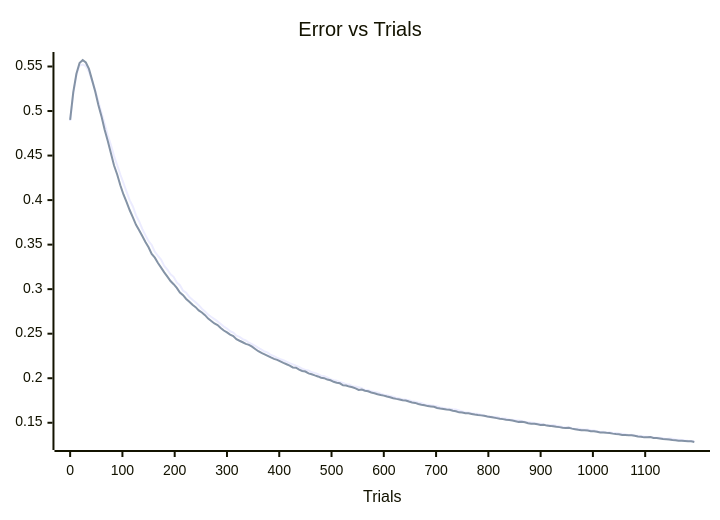
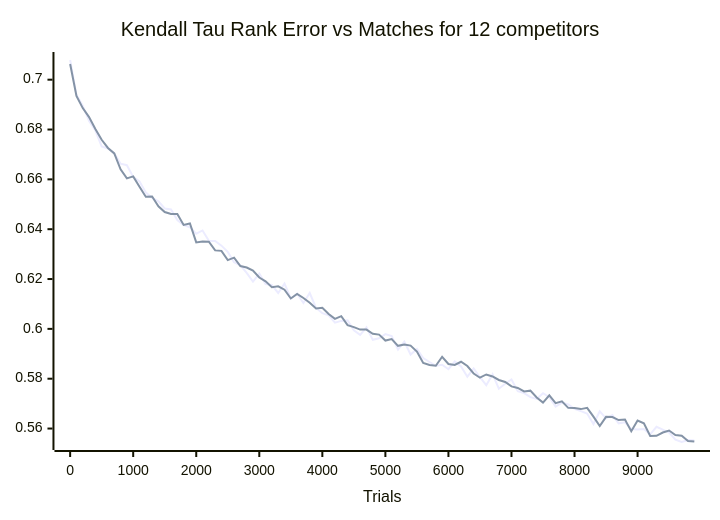
One commit to willcoffey/bradley-terry changed the second of 3 diagrams in README.md. Above: the diagram before and after it, drawn with Mermaid. The commit also changed other lines of this file and 3 other files, not shown here.

````diff
--- a/README.md
+++ b/README.md
@@ -108,7 +89,7 @@
 ```mermaid
 xychart-beta
-    title "Error vs Trials"
-    x-axis "Trials" 0 --> 1194
-    line "Random" [0.4888, 0.5194, 0.5406, 0.5512, 0.5523, 0.5505, 0.5440, 0.5341, 0.5232, 0.5108, 0.4981, 0.4857, 0.4728, 0.4617, 0.4494, 0.4392, 0.4287, 0.4190, 0.4093, 0.3997, 0.3929, 0.3828, 0.3760, 0.3676, 0.3607, 0.3539, 0.3496, 0.3419, 0.3373, 0.3332, 0.3262, 0.3220, 0.3168, 0.3139, 0.3075, 0.3045, 0.2983, 0.2961, 0.2912, 0.2880, 0.2853, 0.2820, 0.2780, 0.2750, 0.2714, 0.2688, 0.2663, 0.2638, 0.2610, 0.2580, 0.2558, 0.2527, 0.2513, 0.2478, 0.2464, 0.2439, 0.2424, 0.2399, 0.2383, 0.2363, 0.2340, 0.2320, 0.2300, 0.2287, 0.2261, 0.2248, 0.2229, 0.2213, 0.2202, 0.2185, 0.2169, 0.2156, 0.2140, 0.2127, 0.2106, 0.2093, 0.2088, 0.2067, 0.2060, 0.2047, 0.2029, 0.2023, 0.2008, 0.1990, 0.1978, 0.1973, 0.1957, 0.1947, 0.1932, 0.1929, 0.1911, 0.1906, 0.1899, 0.1889, 0.1868, 0.1865, 0.1854, 0.1847, 0.1840, 0.1826, 0.1814, 0.1810, 0.1801, 0.1793, 0.1780, 0.1774, 0.1764, 0.1758, 0.1752, 0.1743, 0.1737, 0.1728, 0.1721, 0.1705, 0.1703, 0.1696, 0.1690, 0.1686, 0.1672, 0.1667, 0.1657, 0.1656, 0.1651, 0.1648, 0.1638, 0.1628, 0.1618, 0.1615, 0.1608, 0.1602, 0.1600, 0.1591, 0.1582, 0.1574, 0.1569, 0.1565, 0.1567, 0.1554, 0.1550, 0.1547, 0.1536, 0.1535, 0.1529, 0.1526, 0.1520, 0.1511, 0.1507, 0.1502, 0.1498, 0.1492, 0.1488, 0.1480, 0.1473, 0.1473, 0.1474, 0.1466, 0.1460, 0.1452, 0.1447, 0.1449, 0.1439, 0.1431, 0.1435, 0.1427, 0.1421, 0.1423, 0.1415, 0.1412, 0.1406, 0.1396, 0.1399, 0.1391, 0.1393, 0.1386, 0.1384, 0.1379, 0.1378, 0.1371, 0.1362, 0.1366, 0.1356, 0.1354, 0.1351, 0.1345, 0.1343, 0.1341, 0.1336, 0.1331, 0.1331, 0.1325, 0.1319, 0.1323, 0.1320, 0.1310, 0.1308, 0.1306, 0.1300, 0.1297, 0.1296, 0.1294]
-    line "Random" [0.4900, 0.5212, 0.5418, 0.5540, 0.5573, 0.5545, 0.5473, 0.5347, 0.5220, 0.5067, 0.4940, 0.4789, 0.4663, 0.4527, 0.4389, 0.4287, 0.4167, 0.4063, 0.3978, 0.3886, 0.3805, 0.3722, 0.3662, 0.3596, 0.3530, 0.3471, 0.3396, 0.3354, 0.3293, 0.3242, 0.3189, 0.3140, 0.3091, 0.3056, 0.3015, 0.2963, 0.2933, 0.2890, 0.2858, 0.2824, 0.2798, 0.2762, 0.2738, 0.2708, 0.2670, 0.2643, 0.2615, 0.2597, 0.2564, 0.2536, 0.2514, 0.2489, 0.2474, 0.2439, 0.2421, 0.2404, 0.2385, 0.2374, 0.2354, 0.2328, 0.2303, 0.2284, 0.2268, 0.2252, 0.2233, 0.2217, 0.2206, 0.2189, 0.2172, 0.2157, 0.2142, 0.2121, 0.2118, 0.2096, 0.2082, 0.2075, 0.2054, 0.2045, 0.2032, 0.2020, 0.2005, 0.2001, 0.1985, 0.1977, 0.1960, 0.1949, 0.1943, 0.1920, 0.1919, 0.1906, 0.1899, 0.1886, 0.1869, 0.1873, 0.1860, 0.1853, 0.1840, 0.1831, 0.1821, 0.1812, 0.1805, 0.1794, 0.1786, 0.1776, 0.1768, 0.1762, 0.1754, 0.1750, 0.1738, 0.1727, 0.1723, 0.1711, 0.1703, 0.1696, 0.1687, 0.1683, 0.1679, 0.1666, 0.1659, 0.1655, 0.1650, 0.1646, 0.1635, 0.1629, 0.1617, 0.1614, 0.1606, 0.1606, 0.1599, 0.1592, 0.1586, 0.1583, 0.1578, 0.1571, 0.1565, 0.1558, 0.1552, 0.1546, 0.1541, 0.1533, 0.1532, 0.1526, 0.1518, 0.1510, 0.1512, 0.1506, 0.1495, 0.1490, 0.1489, 0.1483, 0.1476, 0.1477, 0.1468, 0.1465, 0.1460, 0.1455, 0.1451, 0.1445, 0.1441, 0.1443, 0.1434, 0.1428, 0.1421, 0.1417, 0.1415, 0.1412, 0.1406, 0.1404, 0.1398, 0.1391, 0.1391, 0.1387, 0.1385, 0.1378, 0.1373, 0.1370, 0.1362, 0.1362, 0.1361, 0.1360, 0.1354, 0.1345, 0.1344, 0.1336, 0.1336, 0.1339, 0.1330, 0.1328, 0.1323, 0.1318, 0.1316, 0.1313, 0.1307, 0.1303, 0.1299, 0.1298, 0.1296, 0.1292, 0.1292, 0.1284]
+    title "Kendall Tau Rank Error vs Matches for 12 competitors"
+    x-axis "Trials" 0 --> 9900
+    line "Random" [0.7079, 0.6940, 0.6896, 0.6834, 0.6796, 0.6732, 0.6724, 0.6704, 0.6663, 0.6657, 0.6610, 0.6592, 0.6547, 0.6526, 0.6512, 0.6483, 0.6479, 0.6437, 0.6416, 0.6408, 0.6382, 0.6395, 0.6354, 0.6353, 0.6334, 0.6309, 0.6267, 0.6255, 0.6225, 0.6190, 0.6222, 0.6180, 0.6176, 0.6144, 0.6182, 0.6122, 0.6141, 0.6104, 0.6144, 0.6084, 0.6063, 0.6054, 0.6025, 0.6032, 0.6034, 0.5994, 0.5976, 0.6006, 0.5956, 0.5962, 0.5979, 0.5971, 0.5917, 0.5949, 0.5897, 0.5919, 0.5883, 0.5867, 0.5852, 0.5856, 0.5838, 0.5869, 0.5849, 0.5808, 0.5841, 0.5806, 0.5774, 0.5818, 0.5760, 0.5780, 0.5797, 0.5750, 0.5742, 0.5726, 0.5719, 0.5742, 0.5726, 0.5688, 0.5704, 0.5697, 0.5679, 0.5670, 0.5660, 0.5618, 0.5669, 0.5641, 0.5654, 0.5621, 0.5625, 0.5598, 0.5596, 0.5598, 0.5577, 0.5607, 0.5596, 0.5584, 0.5555, 0.5546, 0.5554, 0.5552]
+    line "Random" [0.7063, 0.6935, 0.6886, 0.6850, 0.6802, 0.6759, 0.6726, 0.6704, 0.6640, 0.6604, 0.6612, 0.6570, 0.6530, 0.6531, 0.6492, 0.6469, 0.6461, 0.6461, 0.6417, 0.6423, 0.6347, 0.6351, 0.6350, 0.6315, 0.6313, 0.6276, 0.6286, 0.6252, 0.6246, 0.6234, 0.6206, 0.6191, 0.6167, 0.6171, 0.6157, 0.6122, 0.6140, 0.6124, 0.6105, 0.6082, 0.6085, 0.6060, 0.6040, 0.6051, 0.6015, 0.6007, 0.5997, 0.5997, 0.5980, 0.5977, 0.5953, 0.5959, 0.5932, 0.5937, 0.5933, 0.5909, 0.5863, 0.5855, 0.5852, 0.5888, 0.5859, 0.5855, 0.5868, 0.5851, 0.5821, 0.5804, 0.5817, 0.5809, 0.5795, 0.5787, 0.5769, 0.5763, 0.5749, 0.5752, 0.5725, 0.5704, 0.5733, 0.5702, 0.5709, 0.5683, 0.5682, 0.5678, 0.5683, 0.5648, 0.5610, 0.5647, 0.5646, 0.5634, 0.5636, 0.5589, 0.5632, 0.5621, 0.5570, 0.5571, 0.5584, 0.5592, 0.5574, 0.5571, 0.5550, 0.5548]
 ```
````
